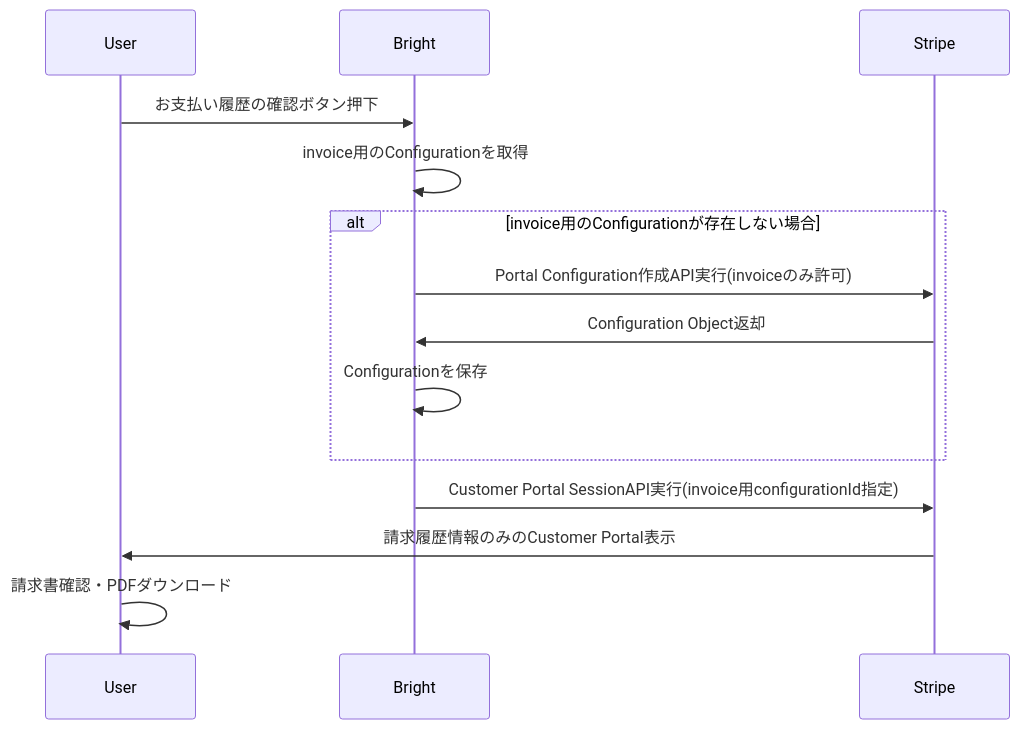
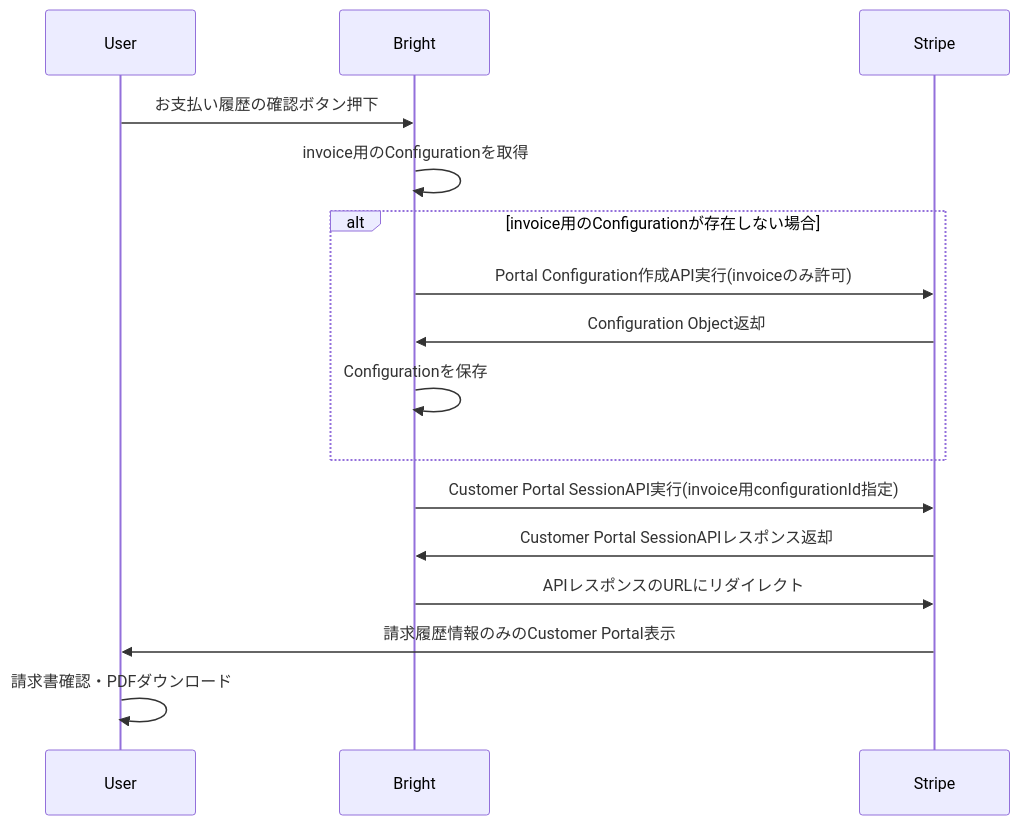
One commit to bright-org/bright changed the tenth of 11 diagrams in docs/logics/subscription.md. Above: the diagram before and after it, drawn with Mermaid. The commit also changed other lines of this file, not shown here.

Commit message:
決済関連の設計ドキュメント作成 - シーケンス図の修正

````diff
--- a/docs/logics/subscription.md
+++ b/docs/logics/subscription.md
@@ -229,17 +270,19 @@
 ```mermaid
 sequenceDiagram
     participant User
     participant Bright
     participant Stripe
 
     User ->> Bright: お支払い履歴の確認ボタン押下
     Bright ->> Bright: invoice用のConfigurationを取得
     alt invoice用のConfigurationが存在しない場合
         Bright ->> Stripe: Portal Configuration作成API実行(invoiceのみ許可)
         Stripe ->> Bright: Configuration Object返却
         Bright ->> Bright: Configurationを保存
     end
     Bright ->> Stripe: Customer Portal SessionAPI実行(invoice用configurationId指定)
+    Stripe ->> Bright: Customer Portal SessionAPIレスポンス返却
+    Bright ->> Stripe: APIレスポンスのURLにリダイレクト
     Stripe ->> User: 請求履歴情報のみのCustomer Portal表示
     User ->> User: 請求書確認・PDFダウンロード
 ```
````
